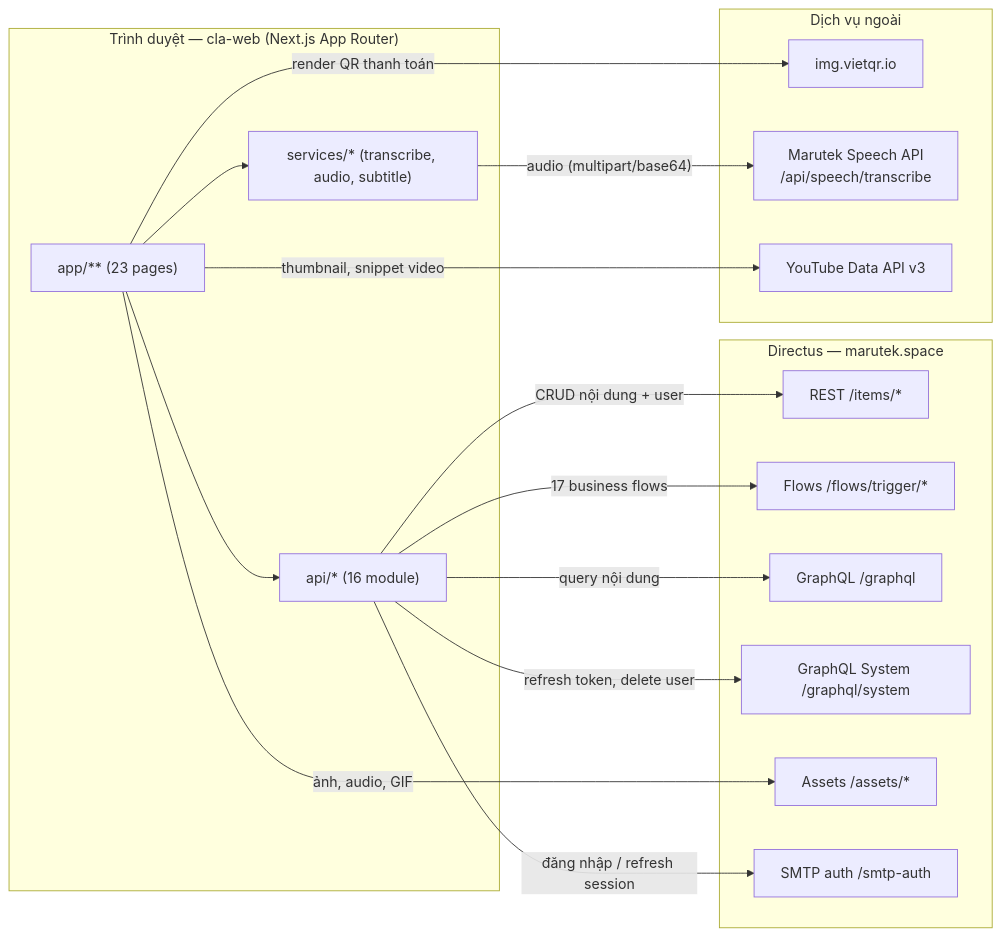
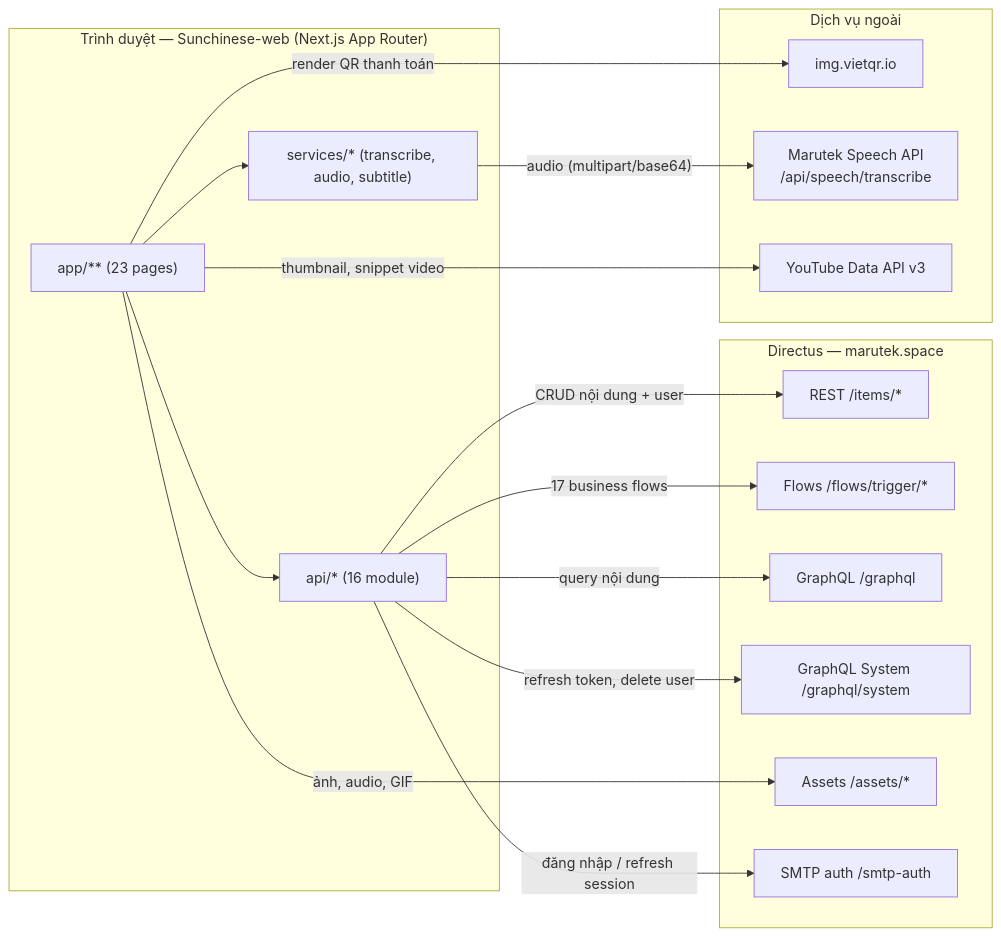
One commit to hungchann/cla-web changed the first of 11 diagrams in docs/architecture.md. Above: the diagram before and after it, drawn with Mermaid. The commit also changed other lines of this file and 14 other files, not shown here.

````diff
--- a/docs/architecture.md
+++ b/docs/architecture.md
@@ -10,36 +10,36 @@
 ```mermaid
 flowchart LR
-    subgraph CLIENT["Trình duyệt — cla-web (Next.js App Router)"]
+    subgraph CLIENT["Trình duyệt — Sunchinese-web (Next.js App Router)"]
         PAGES["app/** (23 pages)"]
         APILAYER["api/* (16 module)"]
         SERVICES["services/* (transcribe, audio, subtitle)"]
         PAGES --> APILAYER
         PAGES --> SERVICES
     end
 
     subgraph DIRECTUS["Directus — marutek.space"]
         REST["REST /items/*"]
         FLOWS["Flows /flows/trigger/*"]
         GQL["GraphQL /graphql"]
         GQSYS["GraphQL System /graphql/system"]
         ASSETS["Assets /assets/*"]
         SMTP["SMTP auth /smtp-auth"]
     end
 
     APILAYER -->|"CRUD nội dung + user"| REST
     APILAYER -->|"17 business flows"| FLOWS
     APILAYER -->|"query nội dung"| GQL
     APILAYER -->|"refresh token, delete user"| GQSYS
     APILAYER -->|"đăng nhập / refresh session"| SMTP
     PAGES -->|"ảnh, audio, GIF"| ASSETS
 
     subgraph EXTERNAL["Dịch vụ ngoài"]
         VIETQR["img.vietqr.io"]
         MARUTEK["Marutek Speech API<br/>/api/speech/transcribe"]
         YOUTUBE["YouTube Data API v3"]
     end
 
     SERVICES -->|"audio (multipart/base64)"| MARUTEK
     PAGES -->|"render QR thanh toán"| VIETQR
     PAGES -->|"thumbnail, snippet video"| YOUTUBE
 ```
````
